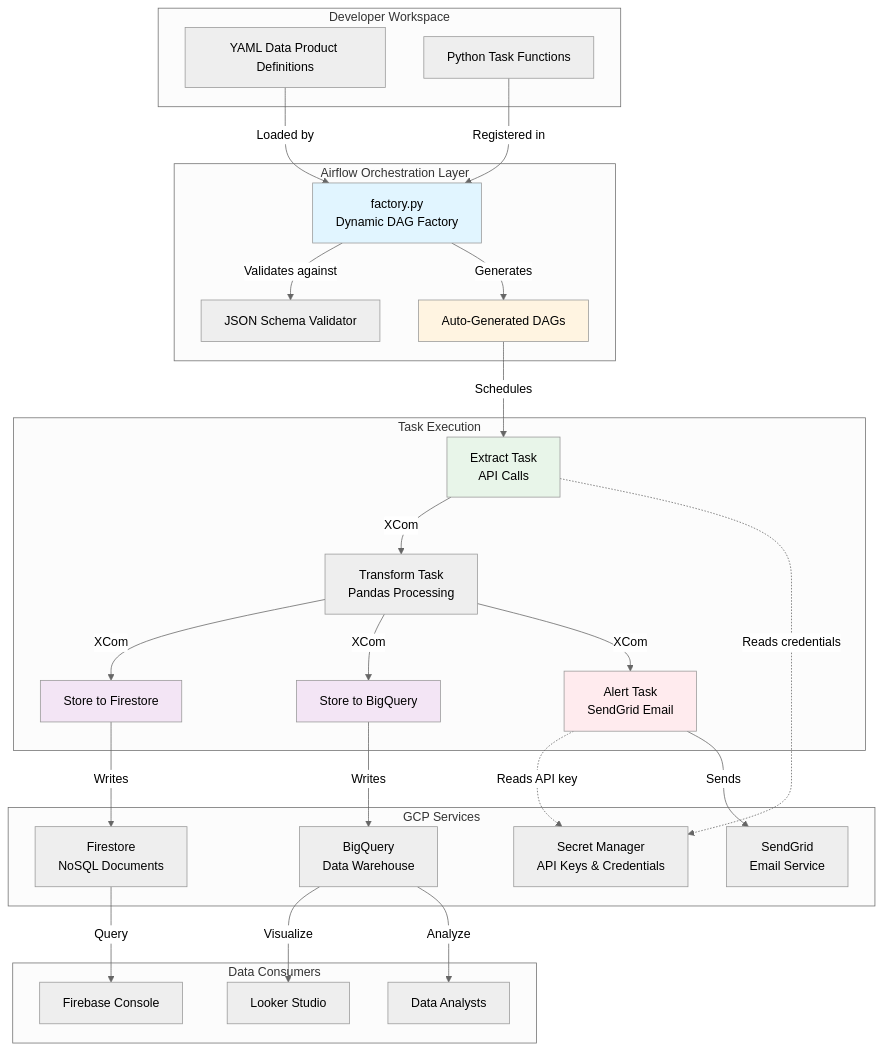
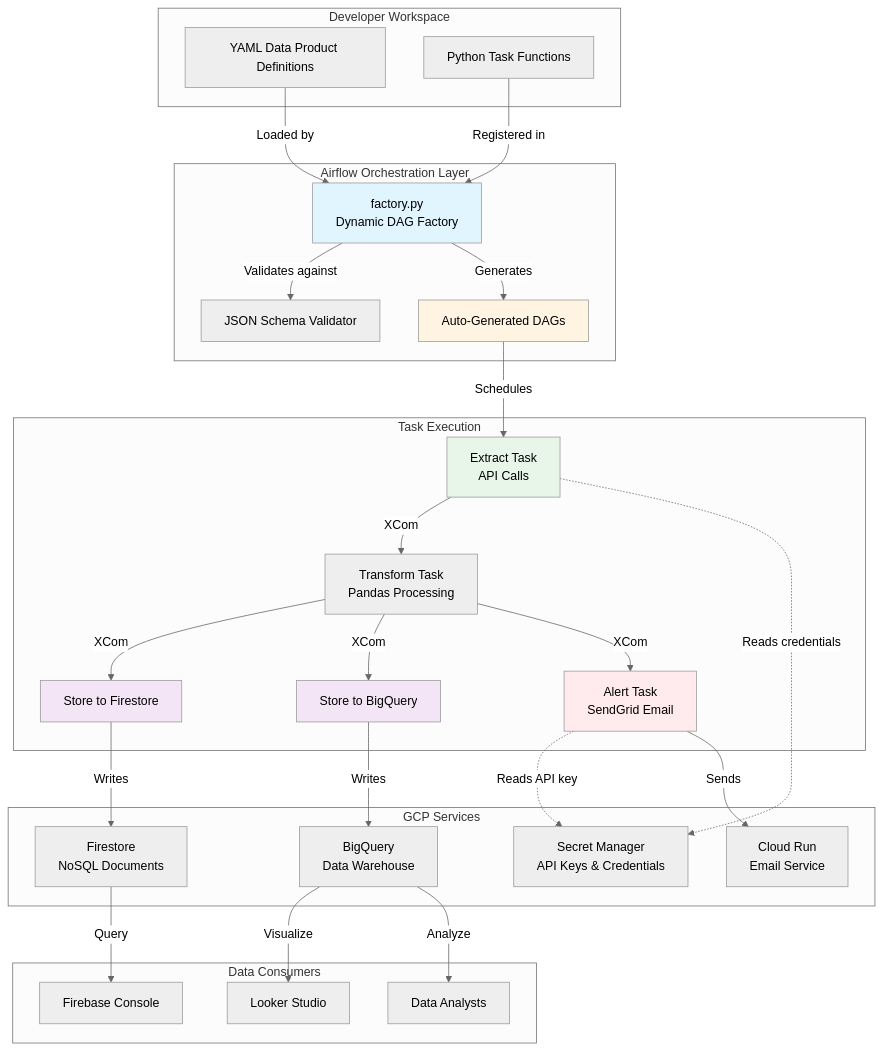
Before and after one commit to aldenirsrv/DATA_PRODUCT: the first of 2 diagrams in readme.md, drawn with Mermaid (neutral theme).

Commit message:
Update SendGrid to Cloud Run in GCP Services

````diff
--- a/readme.md
+++ b/readme.md
@@ -64,61 +64,61 @@
 ```mermaid
 graph TB
     subgraph "Developer Workspace"
         YAML[YAML Data Product Definitions]
         CODE[Python Task Functions]
     end
 
     subgraph "Airflow Orchestration Layer"
         FACTORY[factory.py<br/>Dynamic DAG Factory]
         SCHEMA[JSON Schema Validator]
         DAG[Auto-Generated DAGs]
     end
 
     subgraph "Task Execution"
         EXTRACT[Extract Task<br/>API Calls]
         TRANSFORM[Transform Task<br/>Pandas Processing]
         STORE_FS[Store to Firestore]
         STORE_BQ[Store to BigQuery]
         ALERT[Alert Task<br/>SendGrid Email]
     end
 
     subgraph "GCP Services"
         SM[Secret Manager<br/>API Keys & Credentials]
         FS[Firestore<br/>NoSQL Documents]
         BQ[BigQuery<br/>Data Warehouse]
-        SG[SendGrid<br/>Email Service]
+        SG[Cloud Run<br/>Email Service]
     end
 
     subgraph "Data Consumers"
         CONSOLE[Firebase Console]
         LOOKER[Looker Studio]
         ANALYSTS[Data Analysts]
     end
 
     YAML -->|Loaded by| FACTORY
     CODE -->|Registered in| FACTORY
     FACTORY -->|Validates against| SCHEMA
     FACTORY -->|Generates| DAG
     DAG -->|Schedules| EXTRACT
     EXTRACT -->|XCom| TRANSFORM
     TRANSFORM -->|XCom| STORE_FS
     TRANSFORM -->|XCom| STORE_BQ
     TRANSFORM -->|XCom| ALERT
     
     EXTRACT -.->|Reads credentials| SM
     STORE_FS -->|Writes| FS
     STORE_BQ -->|Writes| BQ
     ALERT -.->|Reads API key| SM
 	ALERT -->|Sends| SG
     
     FS -->|Query| CONSOLE
     BQ -->|Visualize| LOOKER
     BQ -->|Analyze| ANALYSTS
 
     style FACTORY fill:#e1f5ff
     style DAG fill:#fff4e1
     style EXTRACT fill:#e8f5e9
     style STORE_FS fill:#f3e5f5
     style STORE_BQ fill:#f3e5f5
     style ALERT fill:#ffebee
 ```
````
